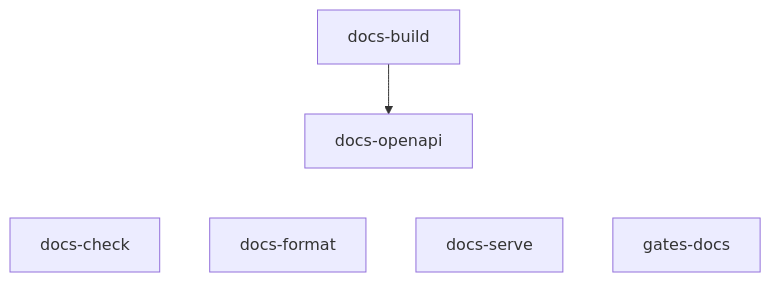
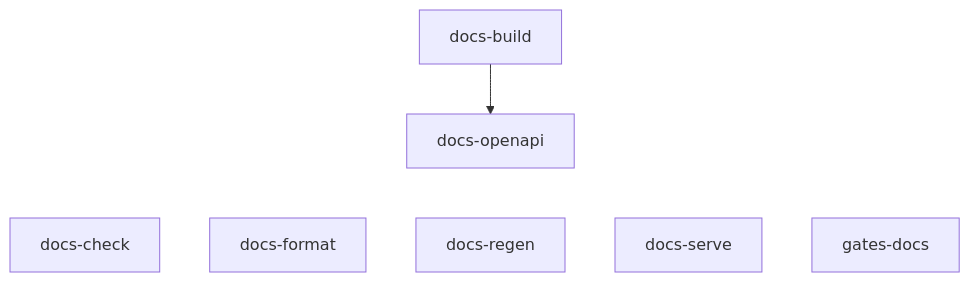
One commit to codesam88/picasu changed the sixth of 11 diagrams in docs/quality-gates.md. Above: the diagram before and after it, drawn with Mermaid. The commit also changed other lines of this file and 212 other files, not shown here.

````diff
--- a/docs/quality-gates.md
+++ b/docs/quality-gates.md
@@ -188,11 +183,12 @@
 ```mermaid
 graph TD
   docs-build
   docs-check
   docs-format
   docs-openapi
+  docs-regen
   docs-serve
   gates-docs
   docs-build --> docs-openapi
-  docs-openapi ~~~ docs-check & docs-format & docs-serve & gates-docs
+  docs-openapi ~~~ docs-check & docs-format & docs-regen & docs-serve & gates-docs
 ```
````
